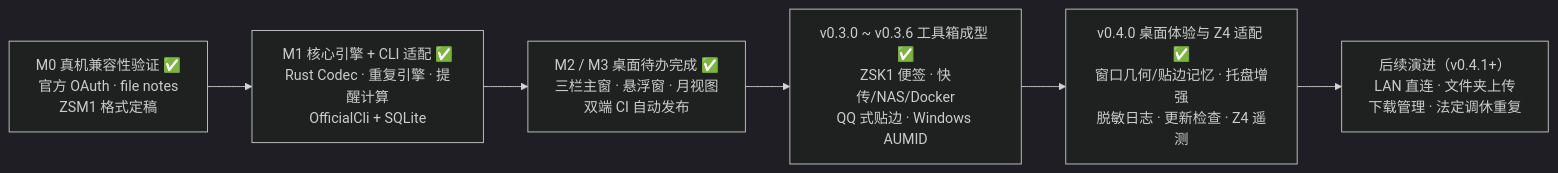
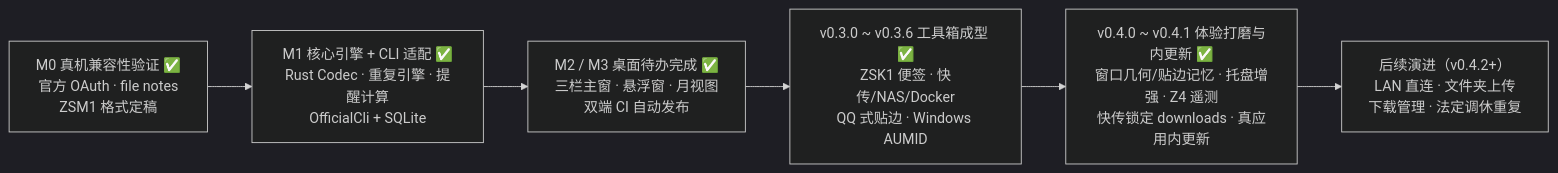
One commit to garyhj/ZSpaceMemo changed the second of 2 diagrams in docs/DESIGN.md. Above: the diagram before and after it, drawn with Mermaid (dark theme). The commit also changed other lines of this file and 12 other files, not shown here.

````diff
--- a/docs/DESIGN.md
+++ b/docs/DESIGN.md
@@ -159,8 +160,8 @@
 ```mermaid
 flowchart LR
   M0["M0 真机兼容性验证 ✅<br/>官方 OAuth · file notes<br/>ZSM1 格式定稿"] --> M1["M1 核心引擎 + CLI 适配 ✅<br/>Rust Codec · 重复引擎 · 提醒计算<br/>OfficialCli + SQLite"]
   M1 --> M2["M2 / M3 桌面待办完成 ✅<br/>三栏主窗 · 悬浮窗 · 月视图<br/>双端 CI 自动发布"]
   M2 --> V030["v0.3.0 ~ v0.3.6 工具箱成型 ✅<br/>ZSK1 便签 · 快传/NAS/Docker<br/>QQ 式贴边 · Windows AUMID"]
-  V030 --> V040["v0.4.0 桌面体验与 Z4 适配 ✅<br/>窗口几何/贴边记忆 · 托盘增强<br/>脱敏日志 · 更新检查 · Z4 遥测"]
-  V040 --> NEXT["后续演进（v0.4.1+）<br/>LAN 直连 · 文件夹上传<br/>下载管理 · 法定调休重复"]
+  V030 --> V040["v0.4.0 ~ v0.4.1 体验打磨与内更新 ✅<br/>窗口几何/贴边记忆 · 托盘增强 · Z4 遥测<br/>快传锁定 downloads · 真应用内更新"]
+  V040 --> NEXT["后续演进（v0.4.2+）<br/>LAN 直连 · 文件夹上传<br/>下载管理 · 法定调休重复"]
 ```
````
